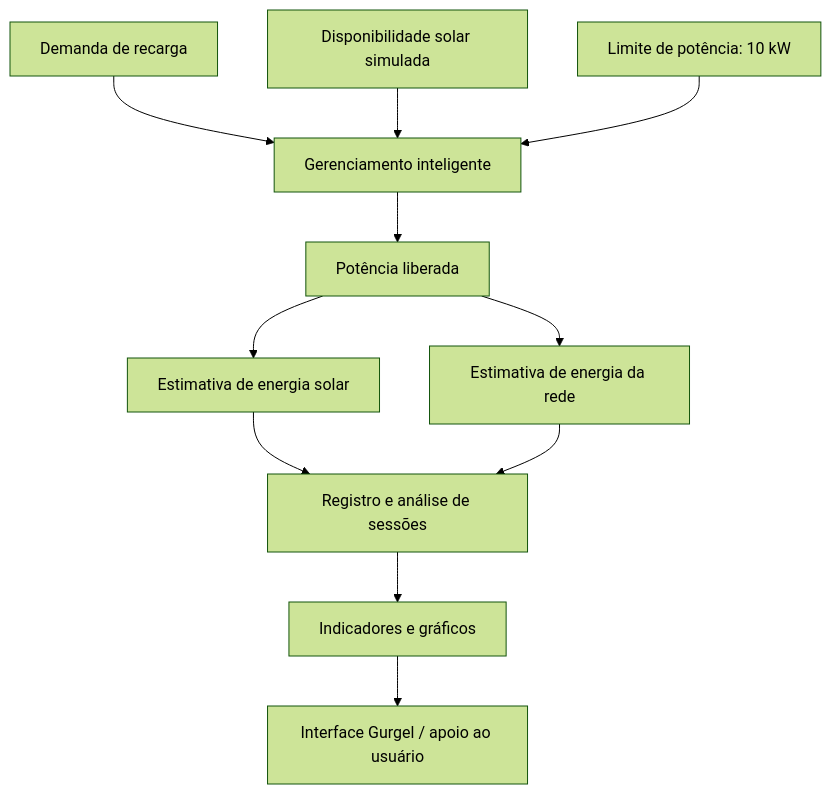
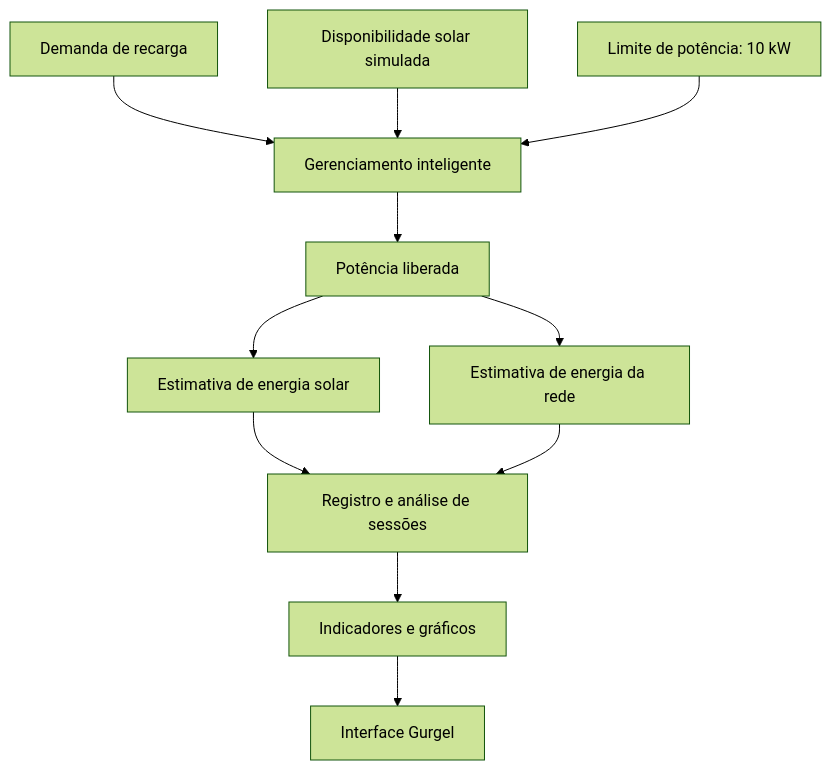
The first of 3 diagrams in DIAGRAMAS.md (jucalemos/sprint_04_gurgel), drawn with Mermaid (forest theme) before and after one commit. The commit also changed other lines of this file, not shown here.

Commit message:
Manter diagramas unicos e mover galeria para arquivo proprio

````diff
--- a/DIAGRAMAS.md
+++ b/DIAGRAMAS.md
@@ -5,13 +5,13 @@
 ```mermaid
 flowchart TD
     A[Demanda de recarga] --> D[Gerenciamento inteligente]
     B[Disponibilidade solar simulada] --> D
     C[Limite de potência: 10 kW] --> D
     D --> E[Potência liberada]
     E --> F[Estimativa de energia solar]
     E --> G[Estimativa de energia da rede]
     F --> H[Registro e análise de sessões]
     G --> H
     H --> I[Indicadores e gráficos]
-    I --> J[Interface Gurgel / apoio ao usuário]
+    I --> J[Interface Gurgel]
 ```
````
